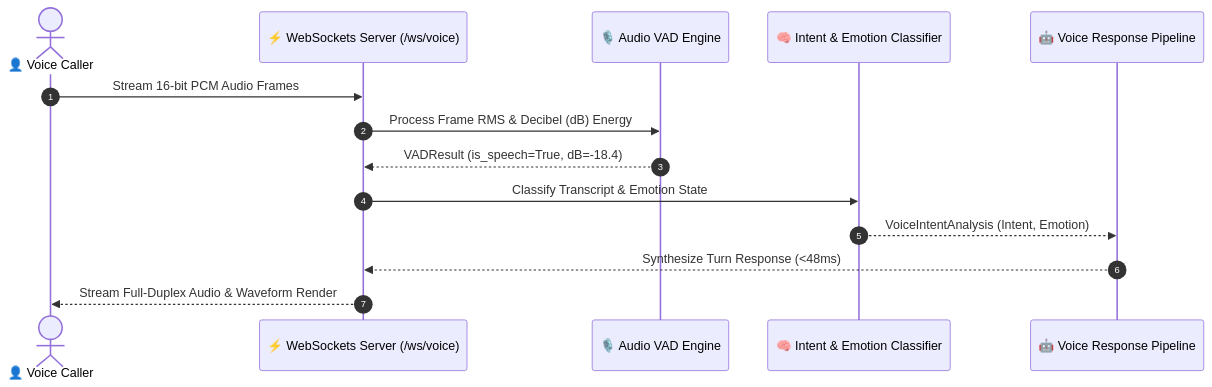
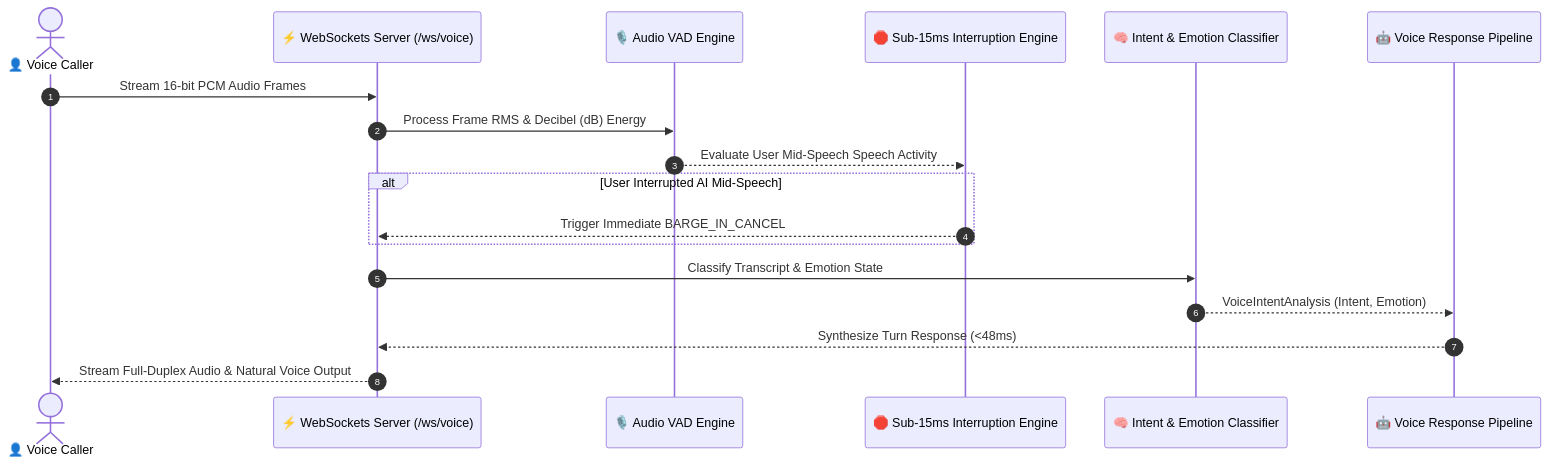
The diagram in README.md (ahmadsawaeer/multimodal-voice-ai-engine), drawn with Mermaid before and after one commit. The commit also changed other lines of this file and 4 other files, not shown here.

Commit message:
feat: add sub-15ms barge-in interruption engine, P50/P90/P99 latency SLA benchmark API and unit tests

````diff
--- a/README.md
+++ b/README.md
@@ -15,17 +15,21 @@
 ```mermaid
 sequenceDiagram
     autonumber
     actor User as 👤 Voice Caller
     participant WS as ⚡ WebSockets Server (/ws/voice)
     participant VAD as 🎙️ Audio VAD Engine
+    participant BargeIn as 🛑 Sub-15ms Interruption Engine
     participant Intent as 🧠 Intent & Emotion Classifier
     participant VoiceEngine as 🤖 Voice Response Pipeline
 
     User->>WS: Stream 16-bit PCM Audio Frames
     WS->>VAD: Process Frame RMS & Decibel (dB) Energy
-    VAD-->>WS: VADResult (is_speech=True, dB=-18.4)
+    VAD-->>BargeIn: Evaluate User Mid-Speech Speech Activity
+    alt User Interrupted AI Mid-Speech
+        BargeIn-->>WS: Trigger Immediate BARGE_IN_CANCEL
+    end
     WS->>Intent: Classify Transcript & Emotion State
     Intent-->>VoiceEngine: VoiceIntentAnalysis (Intent, Emotion)
     VoiceEngine-->>WS: Synthesize Turn Response (<48ms)
-    WS-->>User: Stream Full-Duplex Audio & Waveform Render
+    WS-->>User: Stream Full-Duplex Audio & Natural Voice Output
 ```
````
